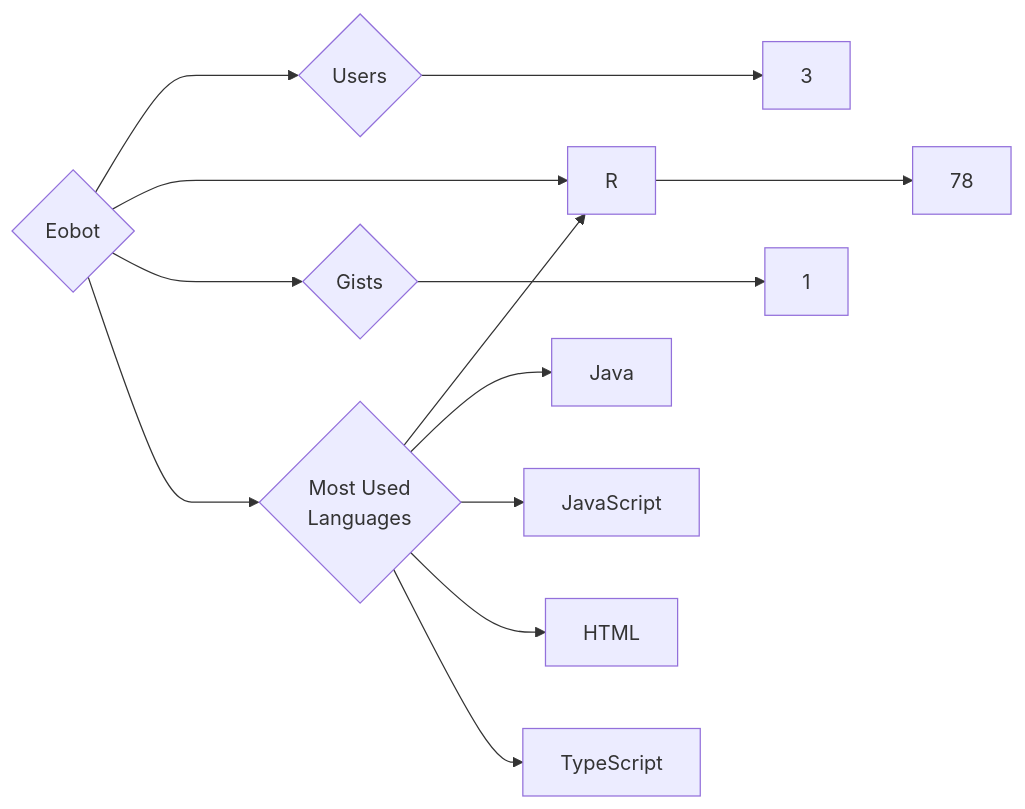
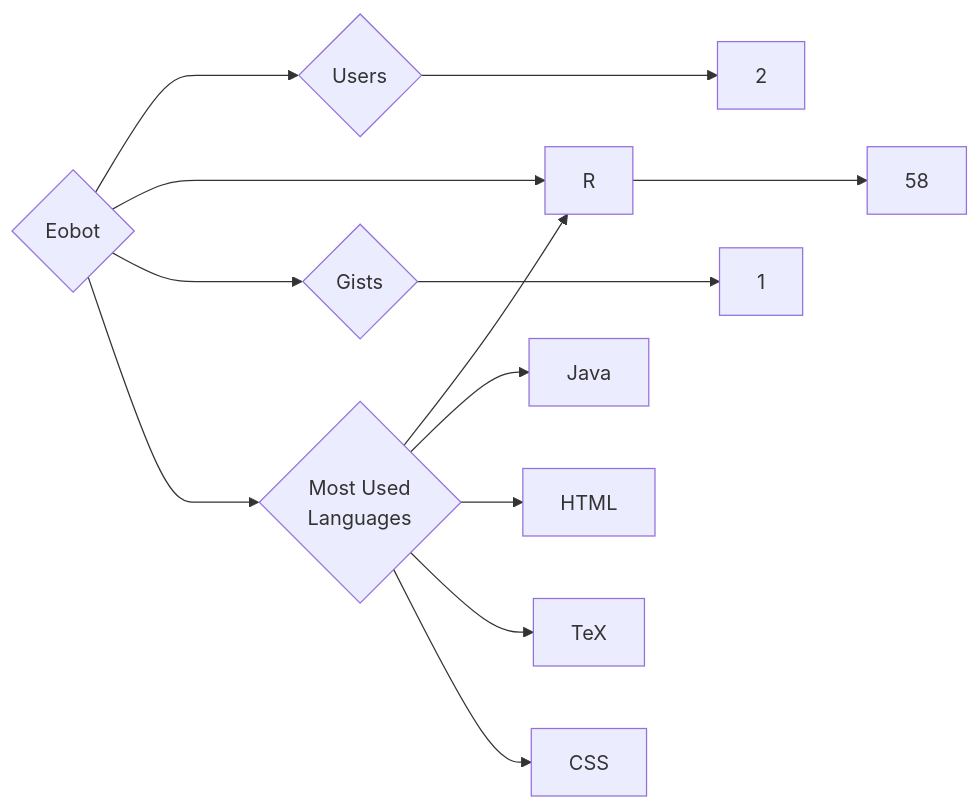
Before and after one commit to trickest/insiders: the diagram in targets/Eobot/README.md, drawn with Mermaid. The commit also changed 1175 other files, not shown here.

````diff
--- a/targets/Eobot/README.md
+++ b/targets/Eobot/README.md
@@ -3,13 +3,13 @@
 ```mermaid
 graph LR
 COMPANY_NAME{Eobot}
-COMPANY_NAME ---> U{Users} ---> UN[3]
-COMPANY_NAME ---> R{Repositories} ---> RN[78]
+COMPANY_NAME ---> U{Users} ---> UN[2]
+COMPANY_NAME ---> R{Repositories} ---> RN[58]
 COMPANY_NAME ---> G{Gists} ---> GN[1]
 COMPANY_NAME ---> ML{Most Used<br>Languages}
 ML --> R[R]
 ML --> Java[Java]
-ML --> JavaScript[JavaScript]
 ML --> HTML[HTML]
-ML --> TypeScript[TypeScript]
+ML --> TeX[TeX]
+ML --> CSS[CSS]
 ```
````
